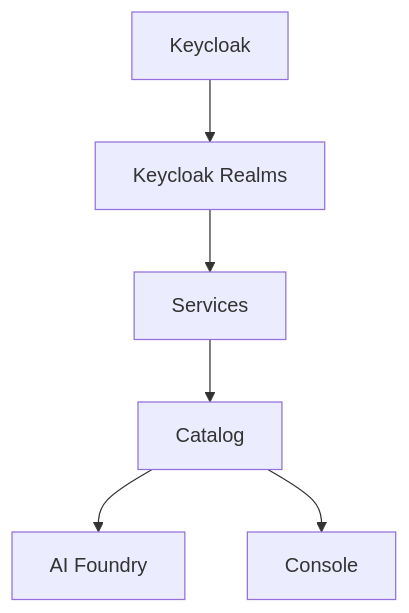
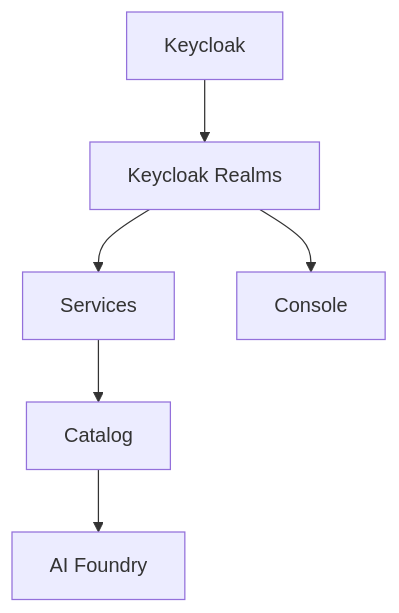
The diagram in docs/01-overview.md (mia-platform/on-prem-charts), drawn with Mermaid before and after one commit. The commit also changed other lines of this file, not shown here.

Commit message:
edit overview diagram (#1)

````diff
--- a/docs/01-overview.md
+++ b/docs/01-overview.md
@@ -23,8 +23,8 @@
 ```mermaid
 flowchart TD
     A[Keycloak] --> B[Keycloak Realms]
     B --> C[Services]
     C --> D[Catalog]
     D --> E[AI Foundry]
-    D --> F[Console]
+    B --> F[Console]
 ```
````
